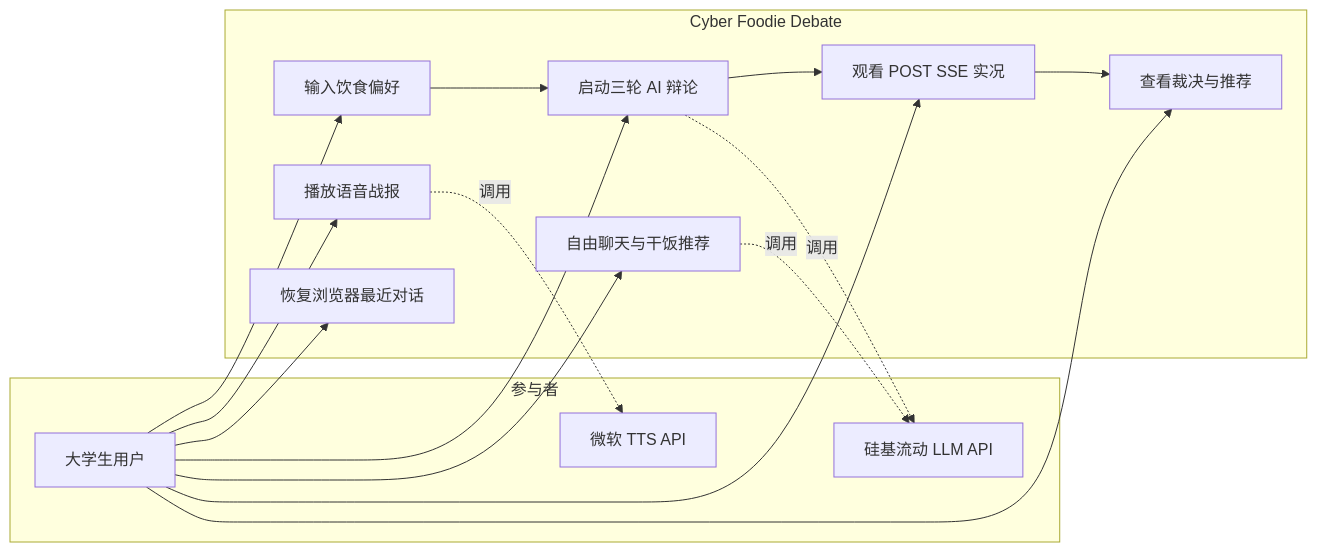
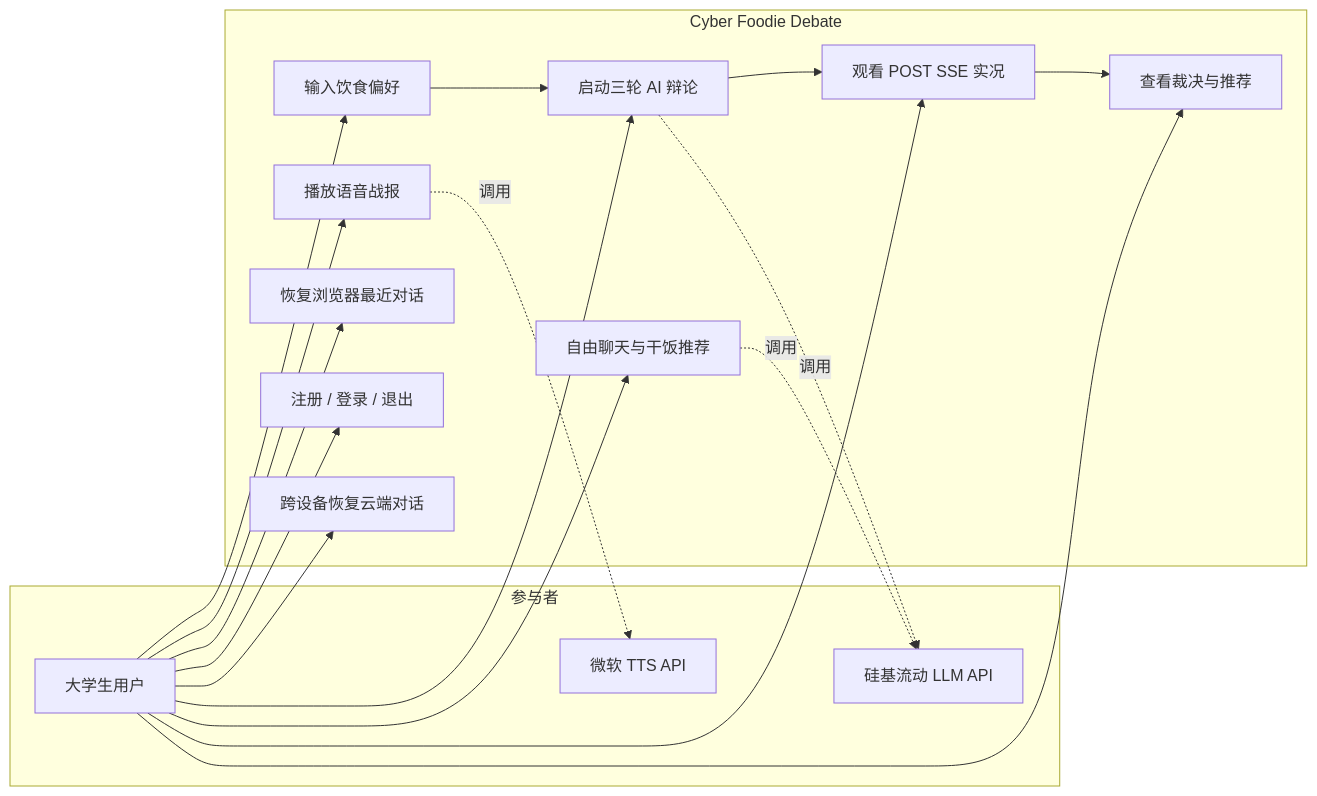
The first of 6 diagrams in docs/system_design.md (wez798/cyber-foodie-debate), drawn with Mermaid before and after one commit. The commit also changed other lines of this file and 51 other files, not shown here.

````diff
--- a/docs/system_design.md
+++ b/docs/system_design.md
@@ -12,32 +12,36 @@
 ```mermaid
 graph LR
     subgraph 参与者
         U[大学生用户]
         LLM_API[硅基流动 LLM API]
         TTS_API[微软 TTS API]
     end
 
     subgraph 系统边界 [Cyber Foodie Debate]
         UC1[自由聊天与干饭推荐]
         UC2[输入饮食偏好]
         UC3[启动三轮 AI 辩论]
         UC4[观看 POST SSE 实况]
         UC5[查看裁决与推荐]
         UC6[播放语音战报]
         UC7[恢复浏览器最近对话]
+        UC8[注册 / 登录 / 退出]
+        UC9[跨设备恢复云端对话]
     end
 
     U --> UC1
     U --> UC2
     U --> UC3
     U --> UC4
     U --> UC5
     U --> UC6
     U --> UC7
+    U --> UC8
+    U --> UC9
     UC1 -.调用.-> LLM_API
     UC3 -.调用.-> LLM_API
     UC6 -.调用.-> TTS_API
     UC2 --> UC3
     UC3 --> UC4
     UC4 --> UC5
 ```
````
